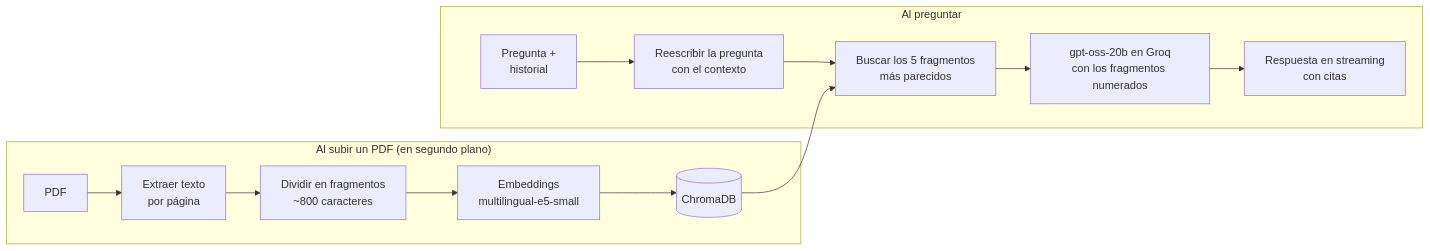
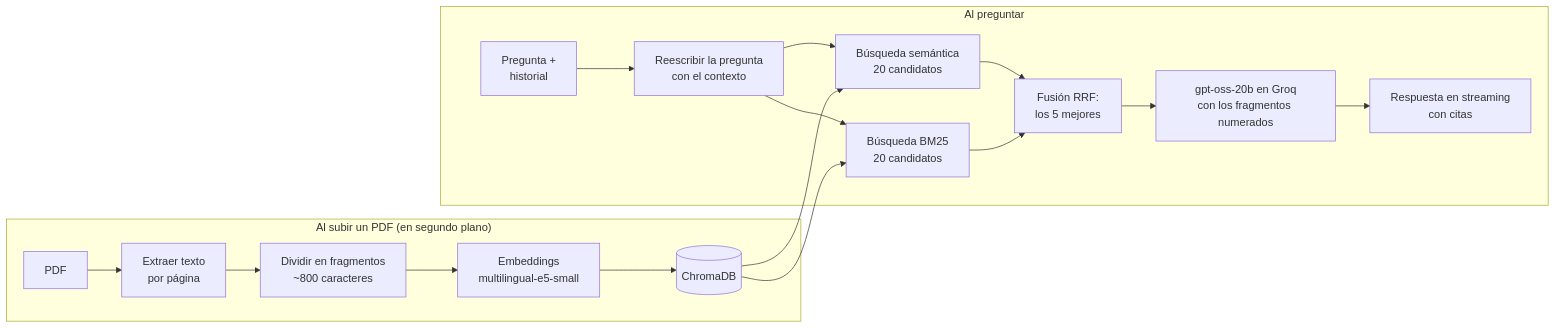
The diagram in README.md (AugustoSoria/dynamic-rag), drawn with Mermaid before and after one commit. The commit also changed other lines of this file and 11 other files, not shown here.

Commit message:
Búsqueda híbrida (semántica + BM25 con fusión RRF), que sube los fragmentos correctos encontrados del 86% al 93% y las respuestas completas del 79% al 88%, con su evaluación y el README actualizado

````diff
--- a/README.md
+++ b/README.md
@@ -21,16 +23,20 @@
 ```mermaid
 flowchart LR
     subgraph Ingesta["Al subir un PDF (en segundo plano)"]
         A[PDF] --> B[Extraer texto<br/>por página]
         B --> C[Dividir en fragmentos<br/>~800 caracteres]
         C --> D[Embeddings<br/>multilingual-e5-small]
         D --> E[(ChromaDB)]
     end
     subgraph Consulta["Al preguntar"]
         F[Pregunta +<br/>historial] --> G[Reescribir la pregunta<br/>con el contexto]
-        G --> H[Buscar los 5 fragmentos<br/>más parecidos]
-        E --> H
+        G --> H1[Búsqueda semántica<br/>20 candidatos]
+        G --> H2[Búsqueda BM25<br/>20 candidatos]
+        E --> H1
+        E --> H2
+        H1 --> H[Fusión RRF:<br/>los 5 mejores]
+        H2 --> H
         H --> I[gpt-oss-20b en Groq<br/>con los fragmentos numerados]
         I --> J[Respuesta en streaming<br/>con citas]
     end
 ```
````
